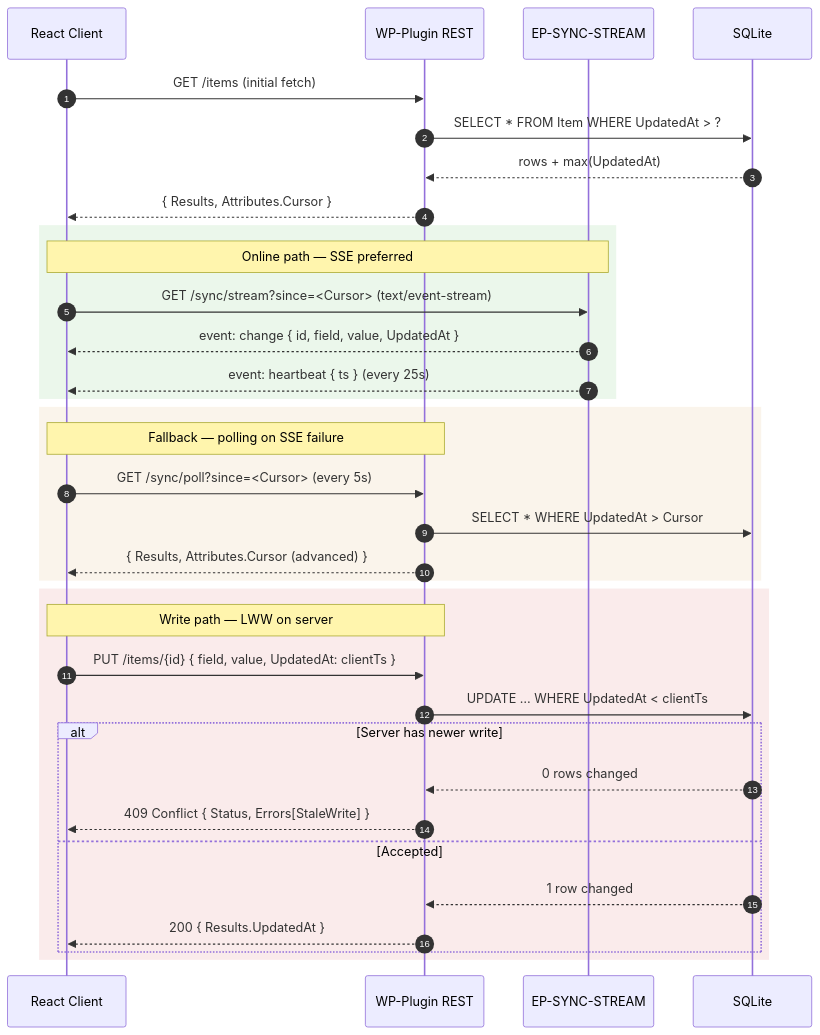
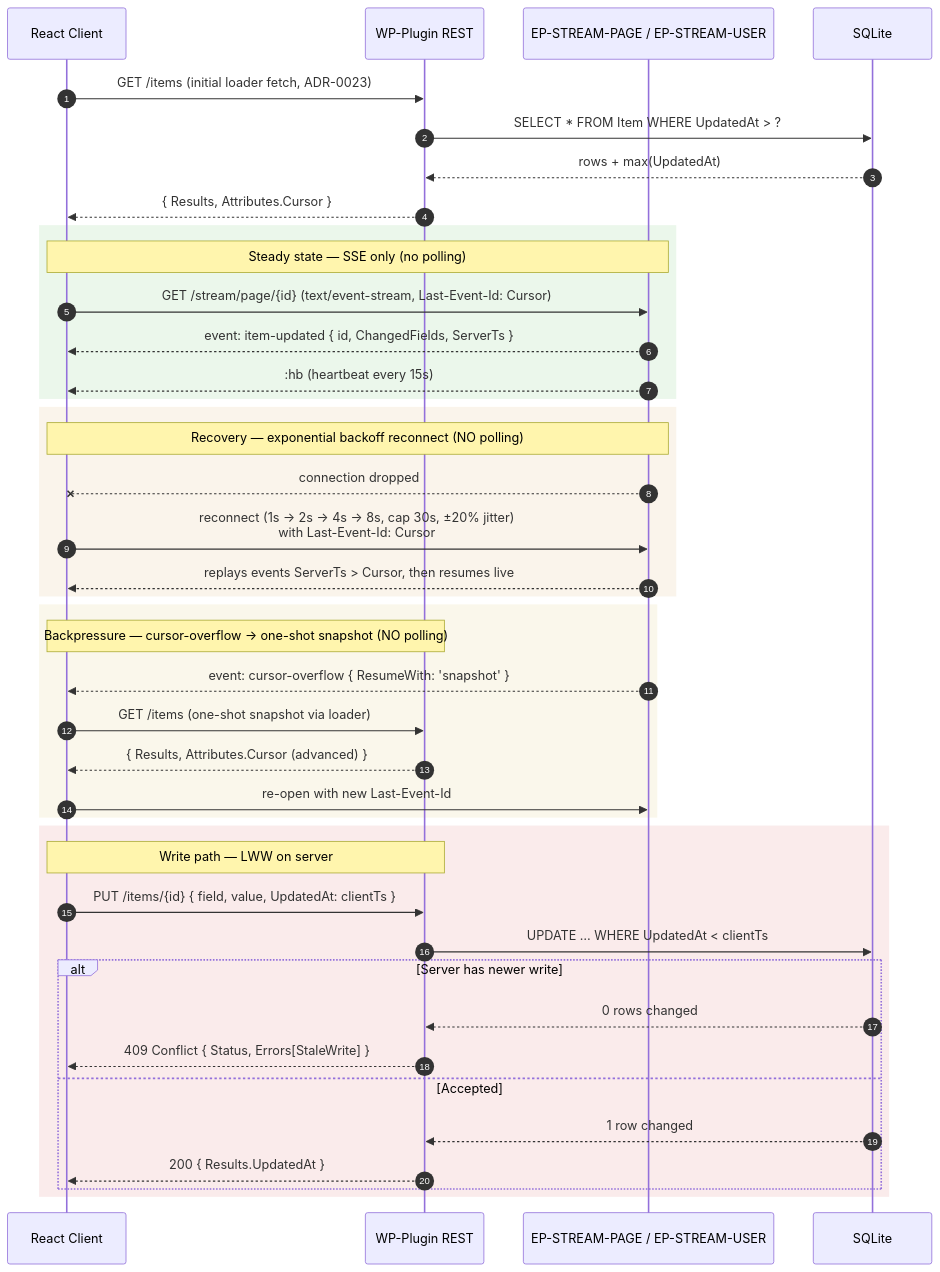
Before and after one commit to alimtvnetwork/workflowy-v3: the diagram in spec/31-app/01-features/14-concurrency-and-sync.md, drawn with Mermaid. The commit also changed other lines of this file, not shown here.

````diff
--- a/spec/31-app/01-features/14-concurrency-and-sync.md
+++ b/spec/31-app/01-features/14-concurrency-and-sync.md
@@ -308,40 +306,48 @@
 ```mermaid
 sequenceDiagram
     autonumber
     participant Client as React Client
     participant API as WP-Plugin REST
-    participant SSE as EP-SYNC-STREAM
+    participant SSE as EP-STREAM-PAGE / EP-STREAM-USER
     participant DB as SQLite
 
-    Client->>API: GET /items (initial fetch)
+    Client->>API: GET /items (initial loader fetch, ADR-0023)
     API->>DB: SELECT * FROM Item WHERE UpdatedAt > ?
     DB-->>API: rows + max(UpdatedAt)
     API-->>Client: { Results, Attributes.Cursor }
 
     rect rgba(120, 200, 120, 0.15)
-        note over Client,SSE: Online path — SSE preferred
-        Client->>SSE: GET /sync/stream?since=<Cursor> (text/event-stream)
-        SSE-->>Client: event: change { id, field, value, UpdatedAt }
-        SSE-->>Client: event: heartbeat { ts } (every 25s)
+        note over Client,SSE: Steady state — SSE only (no polling)
+        Client->>SSE: GET /stream/page/{id} (text/event-stream, Last-Event-Id: Cursor)
+        SSE-->>Client: event: item-updated { id, ChangedFields, ServerTs }
+        SSE-->>Client: :hb (heartbeat every 15s)
     end
 
     rect rgba(220, 180, 120, 0.15)
-        note over Client,API: Fallback — polling on SSE failure
-        Client->>API: GET /sync/poll?since=<Cursor> (every 5s)
-        API->>DB: SELECT * WHERE UpdatedAt > Cursor
+        note over Client,SSE: Recovery — exponential backoff reconnect (NO polling)
+        SSE--xClient: connection dropped
+        Client->>SSE: reconnect (1s → 2s → 4s → 8s, cap 30s, ±20% jitter)<br/>with Last-Event-Id: Cursor
+        SSE-->>Client: replays events ServerTs > Cursor, then resumes live
+    end
+
+    rect rgba(220, 200, 120, 0.15)
+        note over Client,API: Backpressure — cursor-overflow → one-shot snapshot (NO polling)
+        SSE-->>Client: event: cursor-overflow { ResumeWith: 'snapshot' }
+        Client->>API: GET /items (one-shot snapshot via loader)
         API-->>Client: { Results, Attributes.Cursor (advanced) }
+        Client->>SSE: re-open with new Last-Event-Id
     end
 
     rect rgba(220, 120, 120, 0.15)
         note over Client,API: Write path — LWW on server
         Client->>API: PUT /items/{id} { field, value, UpdatedAt: clientTs }
         API->>DB: UPDATE … WHERE UpdatedAt < clientTs
         alt Server has newer write
             DB-->>API: 0 rows changed
             API-->>Client: 409 Conflict { Status, Errors[StaleWrite] }
         else Accepted
             DB-->>API: 1 row changed
             API-->>Client: 200 { Results.UpdatedAt }
         end
     end
 ```
````
